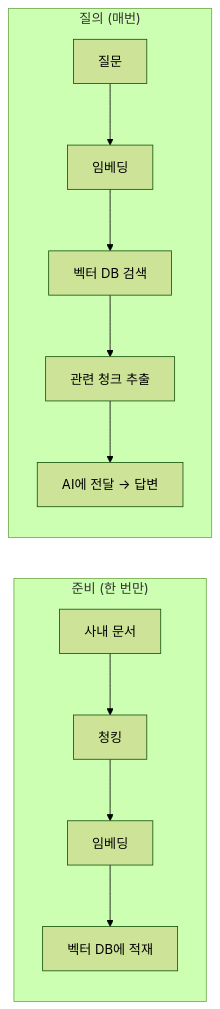
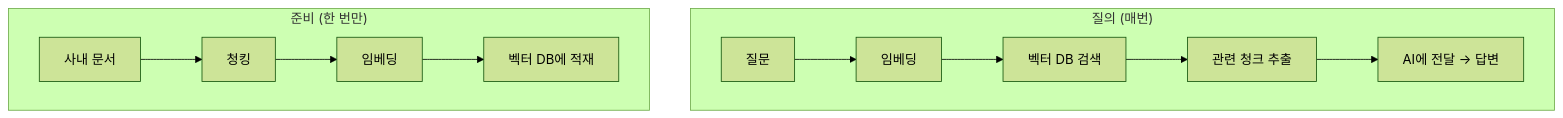
One commit to RJ-Stony/injoy changed the first of 2 diagrams in src/content/posts/rag-1-survey.md. Above: the diagram before and after it, drawn with Mermaid (forest theme). The commit also changed other lines of this file and 1 other file, not shown here.

````diff
--- a/src/content/posts/rag-1-survey.md
+++ b/src/content/posts/rag-1-survey.md
@@ -24,14 +24,14 @@
 ```mermaid
-flowchart LR
-    subgraph P["준비 (한 번만)"]
-        D["사내 문서"] --> C["청킹"]
-        C --> E1["임베딩"]
-        E1 --> V["벡터 DB에 적재"]
-    end
+flowchart TD
     subgraph Q["질의 (매번)"]
         Q1["질문"] --> E2["임베딩"]
         E2 --> S["벡터 DB 검색"]
         S --> K["관련 청크 추출"]
         K --> L["AI에 전달 → 답변"]
     end
+    subgraph P["준비 (한 번만)"]
+        D["사내 문서"] --> C["청킹"]
+        C --> E1["임베딩"]
+        E1 --> V["벡터 DB에 적재"]
+    end
 ```
````
